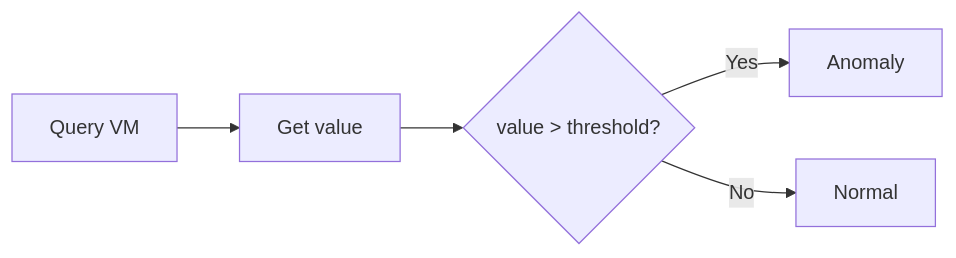
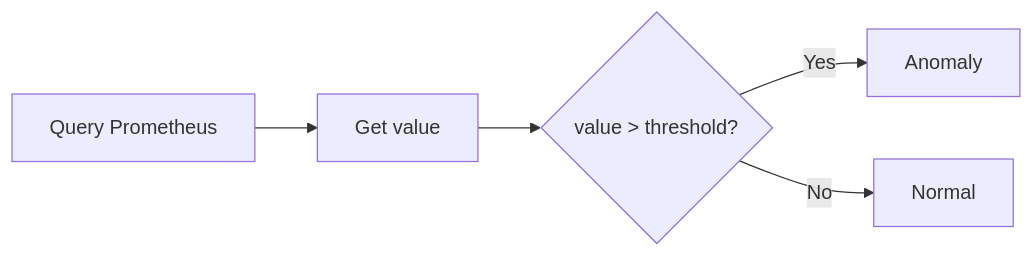
Before and after one commit to StaffOps/anomaly-detection: the diagram in docs/site/detection/static.md, drawn with Mermaid. The commit also changed 45 other files, not shown here.

````diff
--- a/docs/site/detection/static.md
+++ b/docs/site/detection/static.md
@@ -7,7 +7,7 @@
 ```mermaid
 graph LR
-    Q[Query VM] --> V[Get value]
+    Q[Query Prometheus] --> V[Get value]
     V --> C{value > threshold?}
     C -->|Yes| A[Anomaly]
     C -->|No| N[Normal]
 ```
````
